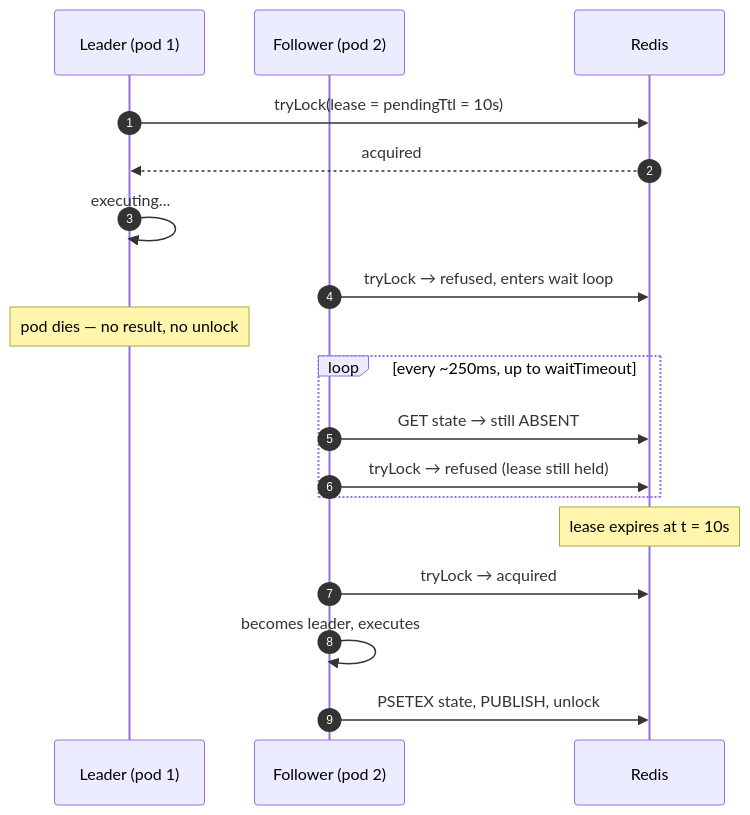
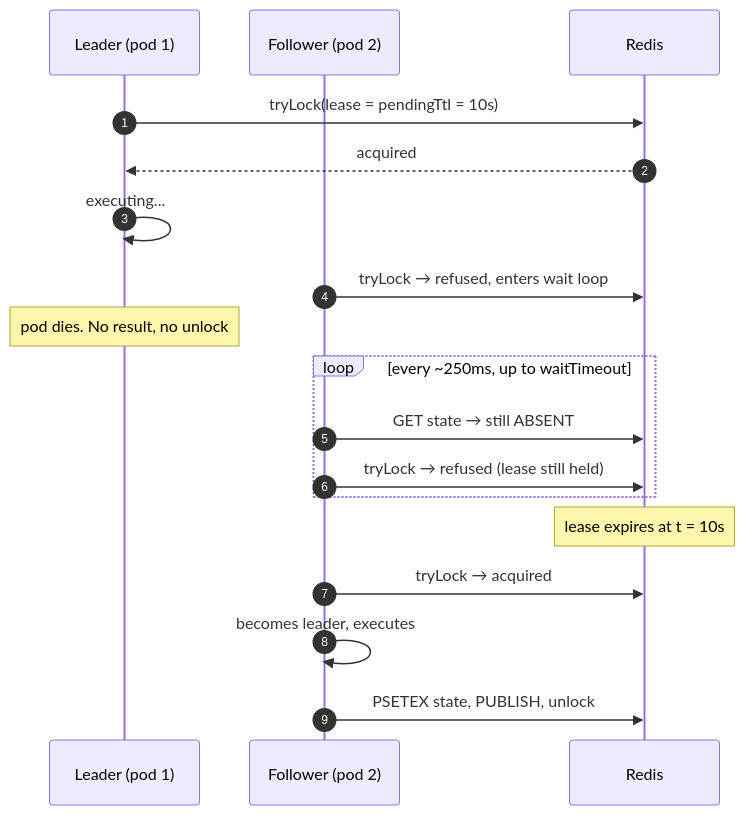
The fourth of 5 diagrams in README.md (BitanSarkar/coalesce-java), drawn with Mermaid before and after one commit. The commit also changed other lines of this file and 9 other files, not shown here.

````diff
--- a/README.md
+++ b/README.md
@@ -371,23 +371,23 @@
 ```mermaid
 sequenceDiagram
     autonumber
     participant A as Leader (pod 1)
     participant B as Follower (pod 2)
     participant R as Redis
 
     A->>R: tryLock(lease = pendingTtl = 10s)
     R-->>A: acquired
     A->>A: executing...
     B->>R: tryLock → refused, enters wait loop
-    Note over A: pod dies — no result, no unlock
+    Note over A: pod dies. No result, no unlock
 
     loop every ~250ms, up to waitTimeout
         B->>R: GET state → still ABSENT
         B->>R: tryLock → refused (lease still held)
     end
 
     Note over R: lease expires at t = 10s
     B->>R: tryLock → acquired
     B->>B: becomes leader, executes
     B->>R: PSETEX state, PUBLISH, unlock
 ```
````
